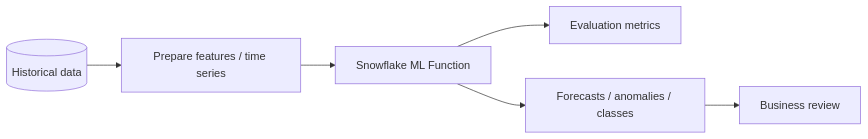
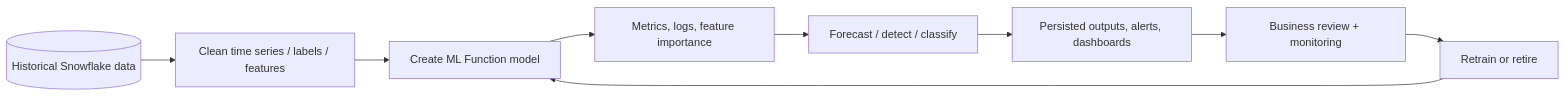
One commit to shonningsoy/Upskill changed the diagram in 01 Snowflake/05 Advanced Analytics and AI/40 ML Functions for Forecasting, Anomaly Detection, and Classification.md. Above: the diagram before and after it, drawn with Mermaid. The commit also changed other lines of this file and 1 other file, not shown here.

Commit message:
Expand Snowflake ML Functions note

````diff
--- a/01 Snowflake/05 Advanced Analytics and AI/40 ML Functions for Forecasting, Anomaly Detection, and Classification.md
+++ b/01 Snowflake/05 Advanced Analytics and AI/40 ML Functions for Forecasting, Anomaly Detection, and Classification.md
@@ -60,8 +73,11 @@
 ```mermaid
 flowchart LR
-    DATA[(Historical data)] --> PREP[Prepare features / time series]
-    PREP --> FUNC[Snowflake ML Function]
-    FUNC --> METRICS[Evaluation metrics]
-    FUNC --> OUT[Forecasts / anomalies / classes]
-    OUT --> REVIEW[Business review]
+    DATA[(Historical Snowflake data)] --> PREP[Clean time series / labels / features]
+    PREP --> TRAIN[Create ML Function model]
+    TRAIN --> EVAL[Metrics, logs, feature importance]
+    EVAL --> SCORE[Forecast / detect / classify]
+    SCORE --> OUTPUT[Persisted outputs, alerts, dashboards]
+    OUTPUT --> REVIEW[Business review + monitoring]
+    REVIEW --> RETRAIN[Retrain or retire]
+    RETRAIN --> TRAIN
 ```
````
